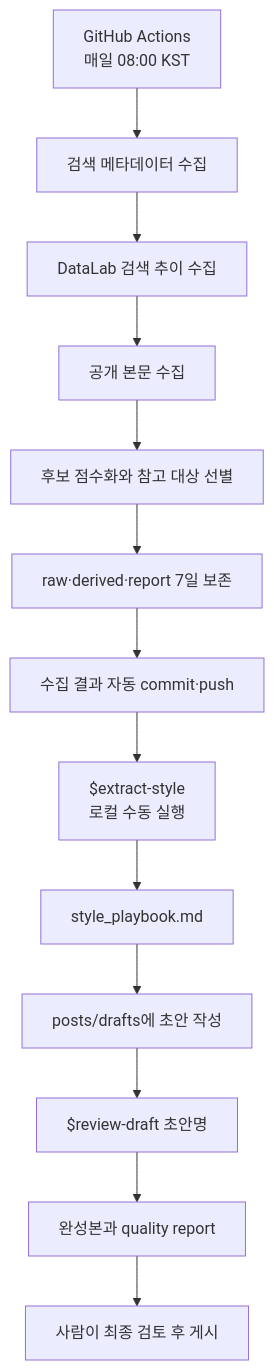
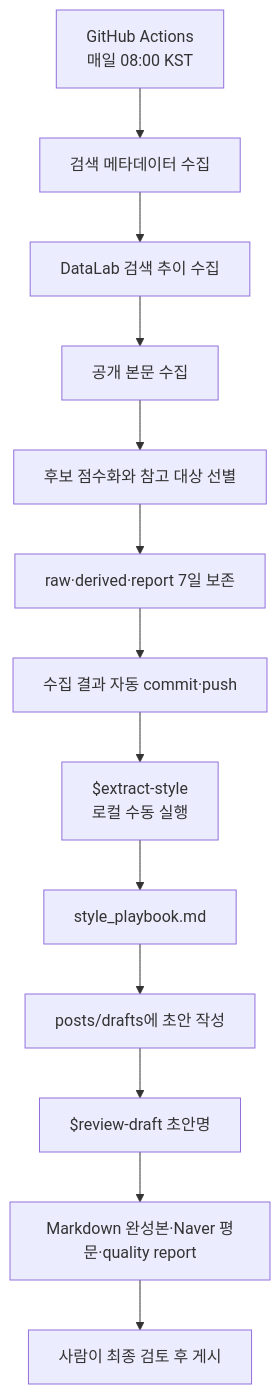
One commit to dennis0405/naver-blog-trend changed the diagram in README.md. Above: the diagram before and after it, drawn with Mermaid. The commit also changed other lines of this file and 5 other files, not shown here.

````diff
--- a/README.md
+++ b/README.md
@@ -27,15 +27,15 @@
 ```mermaid
 flowchart TD
     A[GitHub Actions<br/>매일 08:00 KST] --> B[검색 메타데이터 수집]
     B --> C[DataLab 검색 추이 수집]
     C --> D[공개 본문 수집]
     D --> E[후보 점수화와 참고 대상 선별]
     E --> F[raw·derived·report 7일 보존]
     F --> G[수집 결과 자동 commit·push]
     G --> H[$extract-style<br/>로컬 수동 실행]
     H --> I[style_playbook.md]
     I --> J[posts/drafts에 초안 작성]
     J --> K[$review-draft 초안명]
-    K --> L[완성본과 quality report]
+    K --> L[Markdown 완성본·Naver 평문·quality report]
     L --> M[사람이 최종 검토 후 게시]
 ```
````
